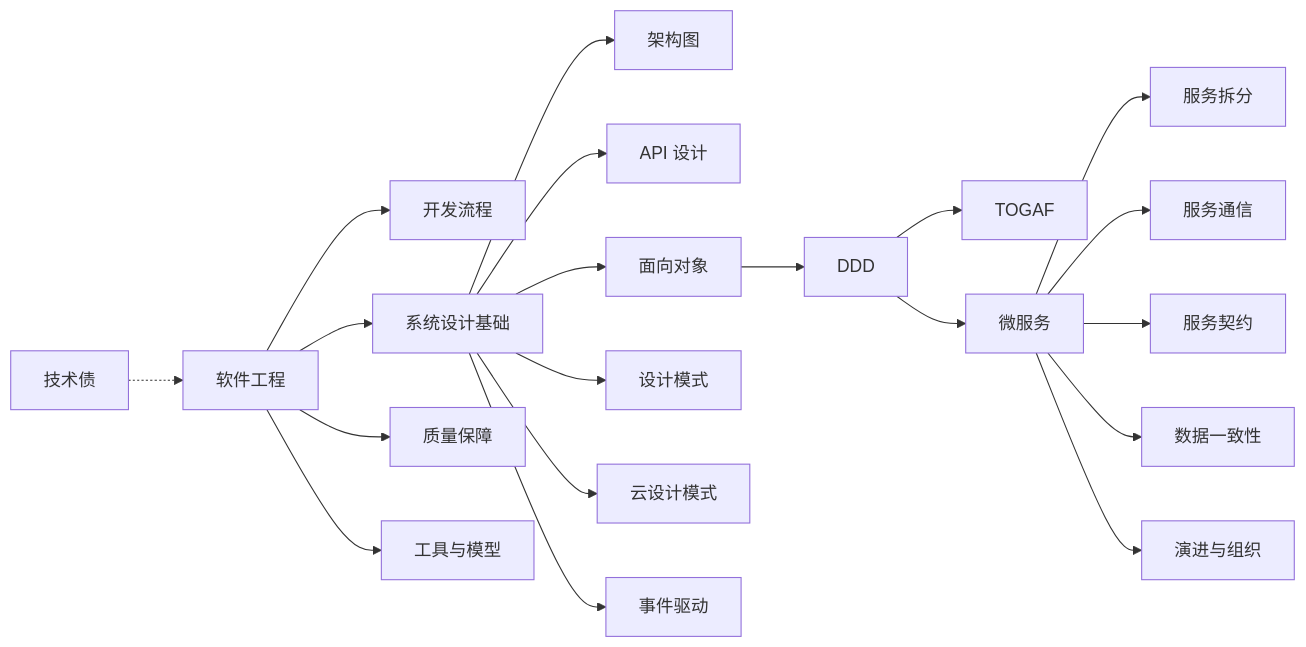
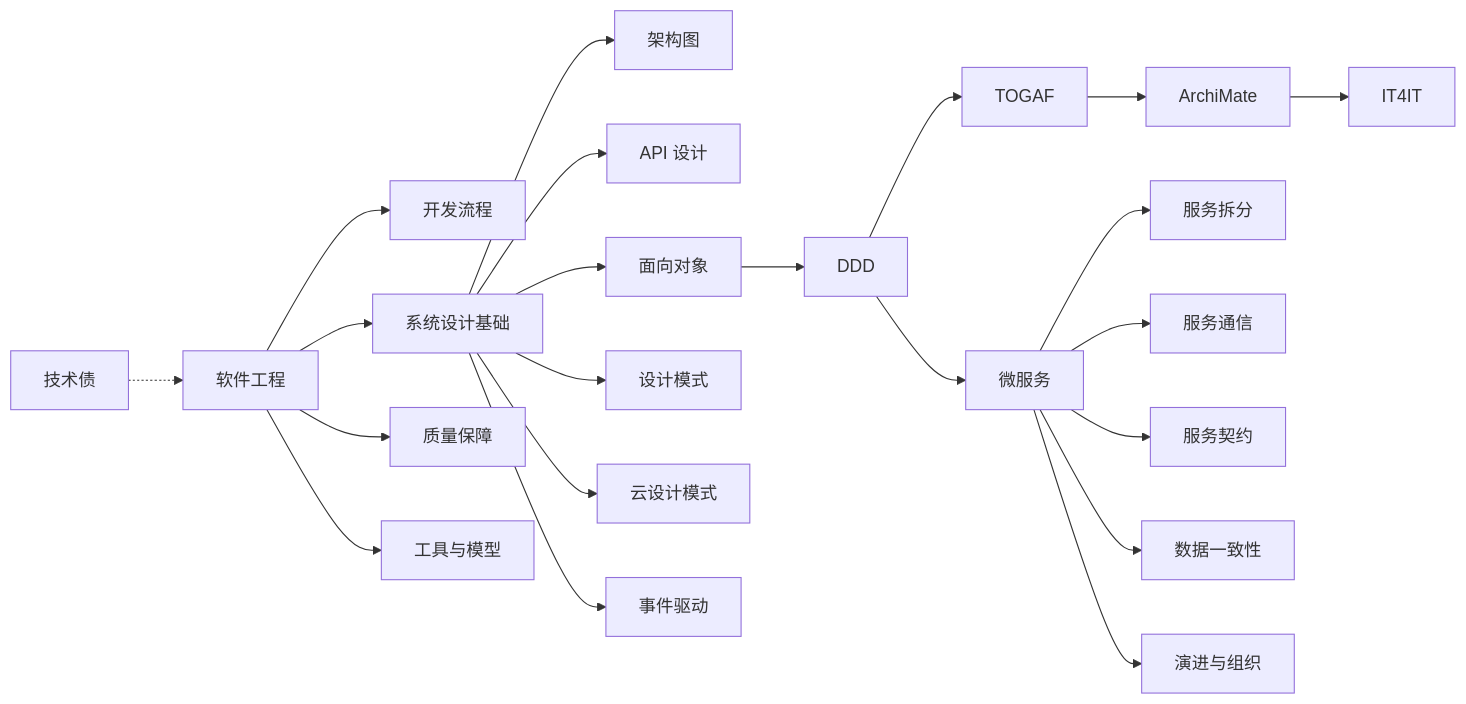
The diagram in note/04.system-design/01-foundation/README.md (wb04307201/wb04307201), drawn with Mermaid before and after one commit. The commit also changed other lines of this file and 11 other files, not shown here.

````diff
--- a/note/04.system-design/01-foundation/README.md
+++ b/note/04.system-design/01-foundation/README.md
@@ -29,22 +31,24 @@
 ```mermaid
 graph LR
     A[软件工程] --> B[开发流程]
     A --> C[系统设计基础]
     C --> D[架构图]
     C --> E[API 设计]
     C --> F[面向对象]
     F --> G[DDD]
     G --> H[TOGAF]
+    H --> H1[ArchiMate]
+    H1 --> H2[IT4IT]
     G --> I[微服务]
     I --> I1[服务拆分]
     I --> I2[服务通信]
     I --> I3[服务契约]
     I --> I4[数据一致性]
     I --> I5[演进与组织]
     C --> J[设计模式]
     C --> K[云设计模式]
     C --> L[事件驱动]
     A --> M[质量保障]
     A --> N[工具与模型]
     O[技术债] -.-> A
 ```
````
